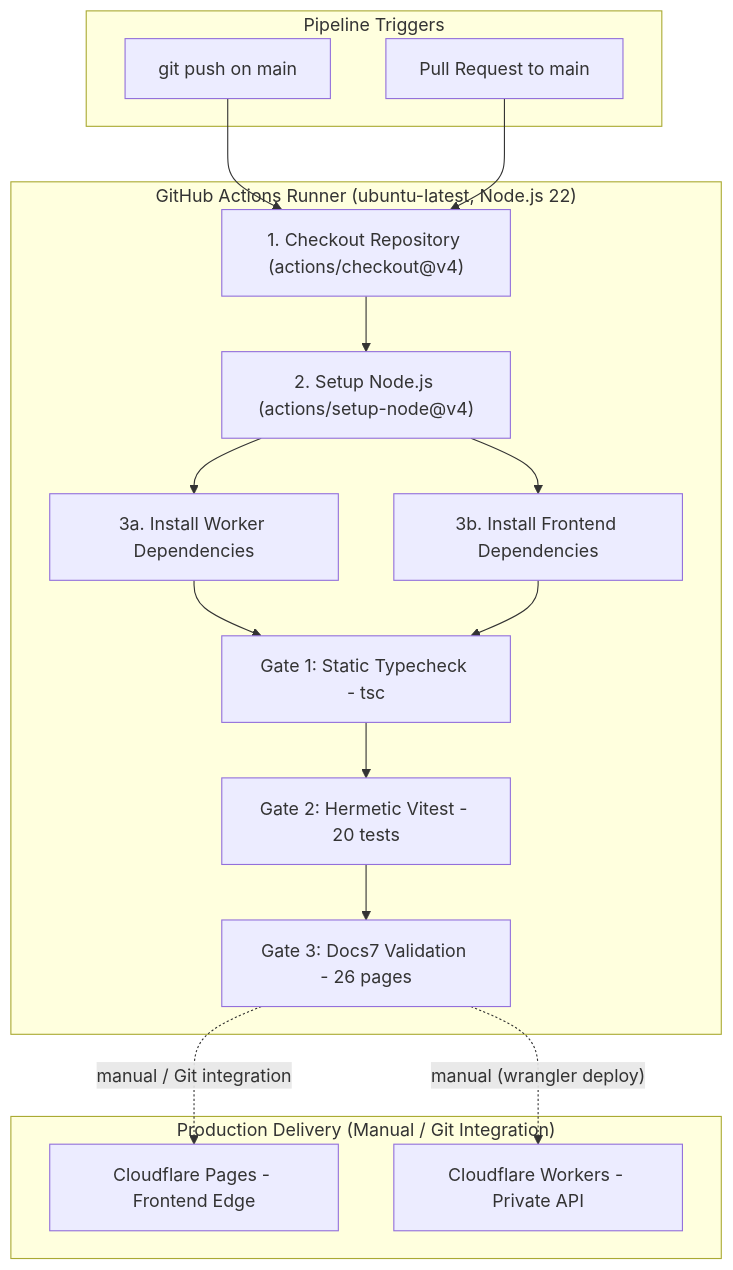
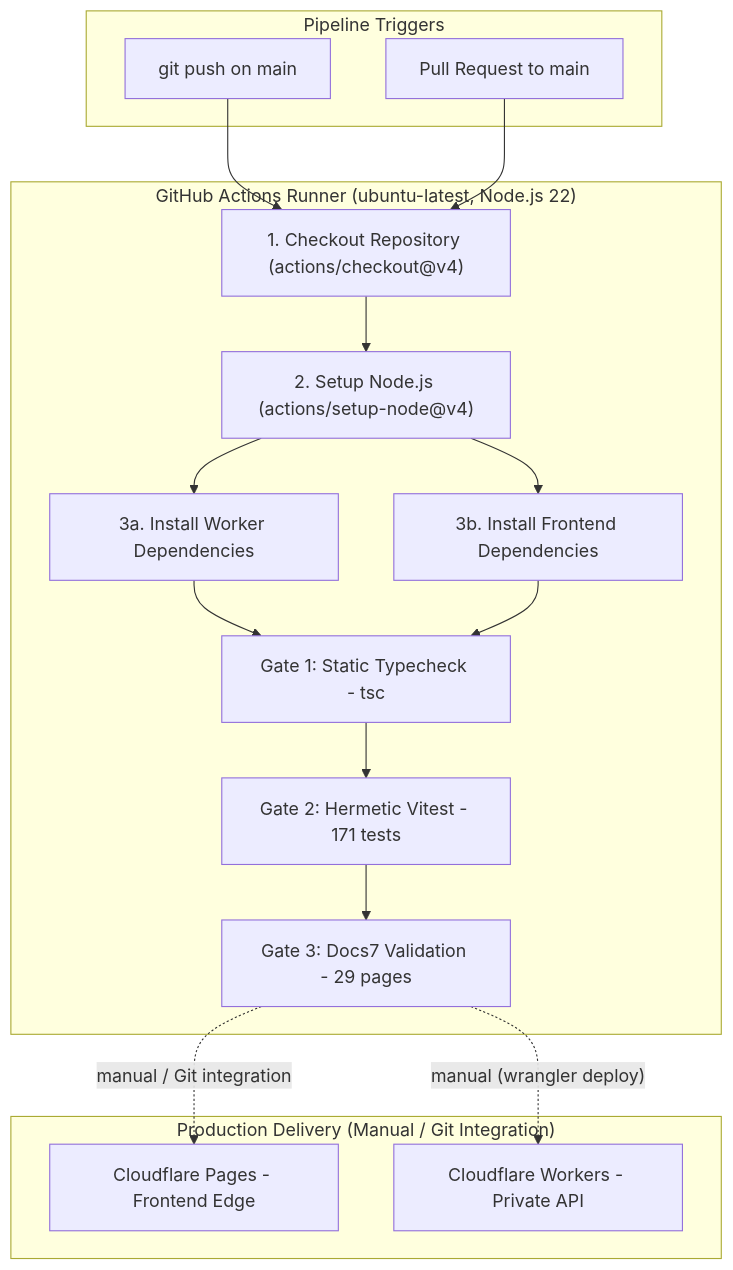
Before and after one commit to AmritSDutta/kalidass: the diagram in docs/ci-cd.mdx, drawn with Mermaid. The commit also changed other lines of this file and 22 other files, not shown here.

````diff
--- a/docs/ci-cd.mdx
+++ b/docs/ci-cd.mdx
@@ -14,31 +14,31 @@
 ```mermaid
 flowchart TD
   subgraph Event["Pipeline Triggers"]
     PushEvent["git push on main"]
     PREvent["Pull Request to main"]
   end
   subgraph Runner["GitHub Actions Runner (ubuntu-latest, Node.js 22)"]
     Checkout["1. Checkout Repository (actions/checkout@v4)"]
     SetupNode["2. Setup Node.js (actions/setup-node@v4)"]
     InstallWorker["3a. Install Worker Dependencies"]
     InstallFrontend["3b. Install Frontend Dependencies"]
     GateTypecheck["Gate 1: Static Typecheck - tsc"]
-    GateVitest["Gate 2: Hermetic Vitest - 20 tests"]
-    GateDocs["Gate 3: Docs7 Validation - 26 pages"]
+    GateVitest["Gate 2: Hermetic Vitest - 171 tests"]
+    GateDocs["Gate 3: Docs7 Validation - 29 pages"]
   end
   subgraph Deploy["Production Delivery (Manual / Git Integration)"]
     PagesDeploy["Cloudflare Pages - Frontend Edge"]
     WorkerDeploy["Cloudflare Workers - Private API"]
   end
   PushEvent --> Checkout
   PREvent --> Checkout
   Checkout --> SetupNode
   SetupNode --> InstallWorker
   SetupNode --> InstallFrontend
   InstallWorker --> GateTypecheck
   InstallFrontend --> GateTypecheck
   GateTypecheck --> GateVitest
   GateVitest --> GateDocs
   GateDocs -.->|"manual / Git integration"| PagesDeploy
   GateDocs -.->|"manual (wrangler deploy)"| WorkerDeploy
 ```
````
